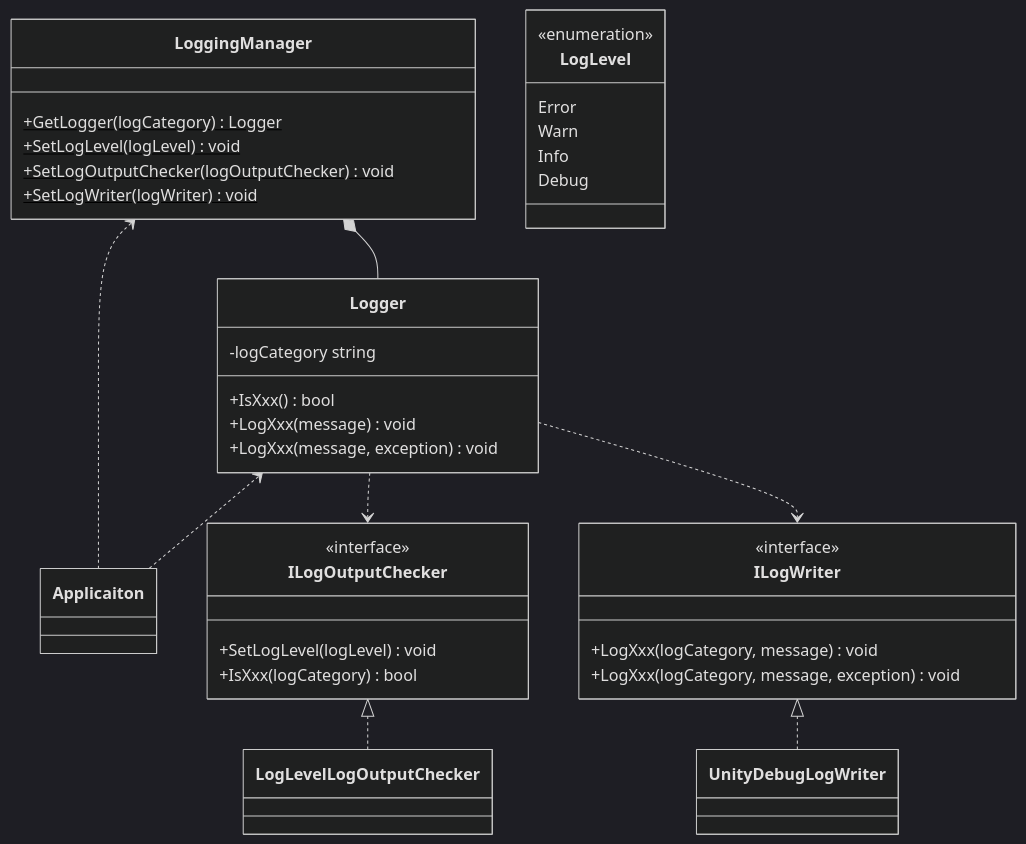
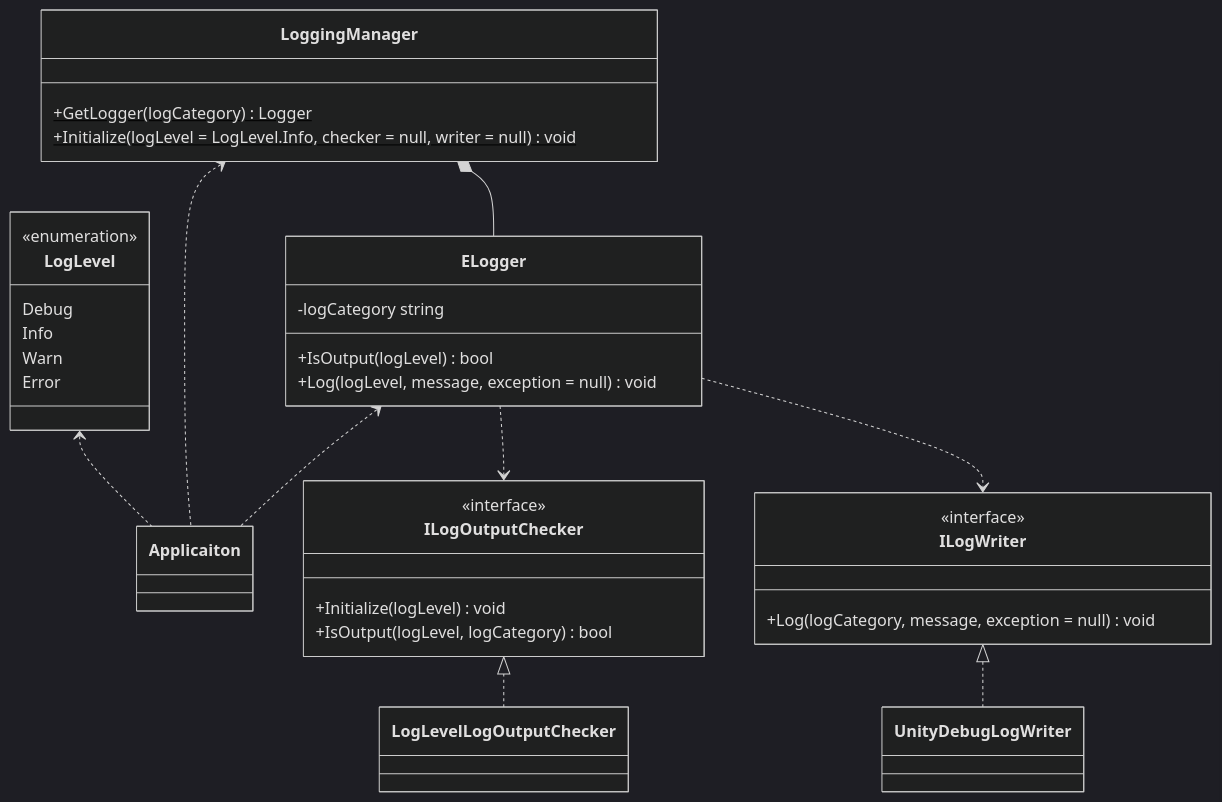
One commit to extreal-dev/Extreal.Guide changed the first of 2 diagrams in docs/core/logging.md. Above: the diagram before and after it, drawn with Mermaid (dark theme). The commit also changed other lines of this file, not shown here.

````diff
--- a/docs/core/logging.md
+++ b/docs/core/logging.md
@@ -57,54 +57,51 @@
 ```mermaid
 classDiagram
 
+    LogLevel <.. Applicaiton
     LoggingManager <.. Applicaiton
-    Logger <.. Applicaiton
-    LoggingManager *-- Logger
-    Logger ..> ILogOutputChecker
-    Logger ..> ILogWriter
+    ELogger <.. Applicaiton
+    LoggingManager *-- ELogger
+    ELogger ..> ILogOutputChecker
+    ELogger ..> ILogWriter
     ILogOutputChecker <|.. LogLevelLogOutputChecker
     ILogWriter <|.. UnityDebugLogWriter
 
     class Applicaiton {
     }
 
     class LogLevel {
         <<enumeration>>
+        Debug
+        Info
+        Warn
         Error
-        Warn
-        Info
-        Debug
     }
 
-    class Logger {
+    class ELogger {
         -logCategory string
-        +IsXxx() bool
-        +LogXxx(message) void
-        +LogXxx(message, exception) void
+        +IsOutput(logLevel) bool
+        +Log(logLevel, message, exception = null) void
     }
 
     class LoggingManager {
         +GetLogger(logCategory)$ Logger
-        +SetLogLevel(logLevel)$ void
-        +SetLogOutputChecker(logOutputChecker)$ void
-        +SetLogWriter(logWriter)$ void
+        +Initialize(logLevel = LogLevel.Info, checker = null, writer = null)$ void
     }
 
     class ILogOutputChecker {
         <<interface>>
-        +SetLogLevel(logLevel) void
-        +IsXxx(logCategory) bool
+        +Initialize(logLevel) void
+        +IsOutput(logLevel, logCategory) bool
     }
 
     class ILogWriter {
         <<interface>>
-        +LogXxx(logCategory, message) void
-        +LogXxx(logCategory, message, exception) void
+        +Log(logCategory, message, exception = null) void
     }
 
     class LogLevelLogOutputChecker {
     }
 
     class UnityDebugLogWriter {
     }
 ```
````
